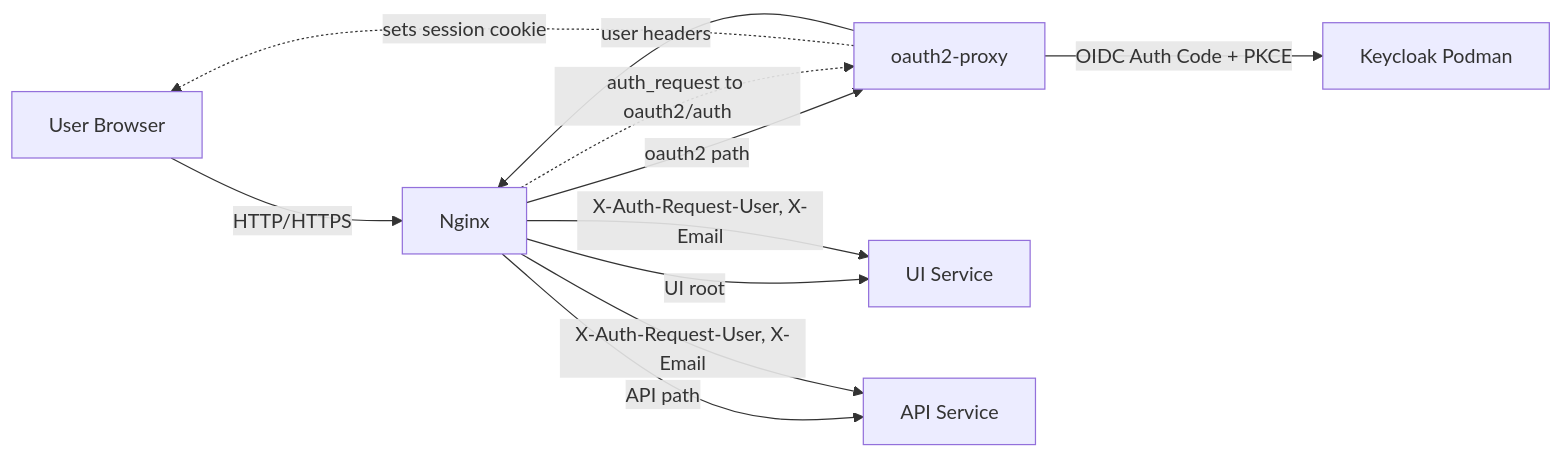
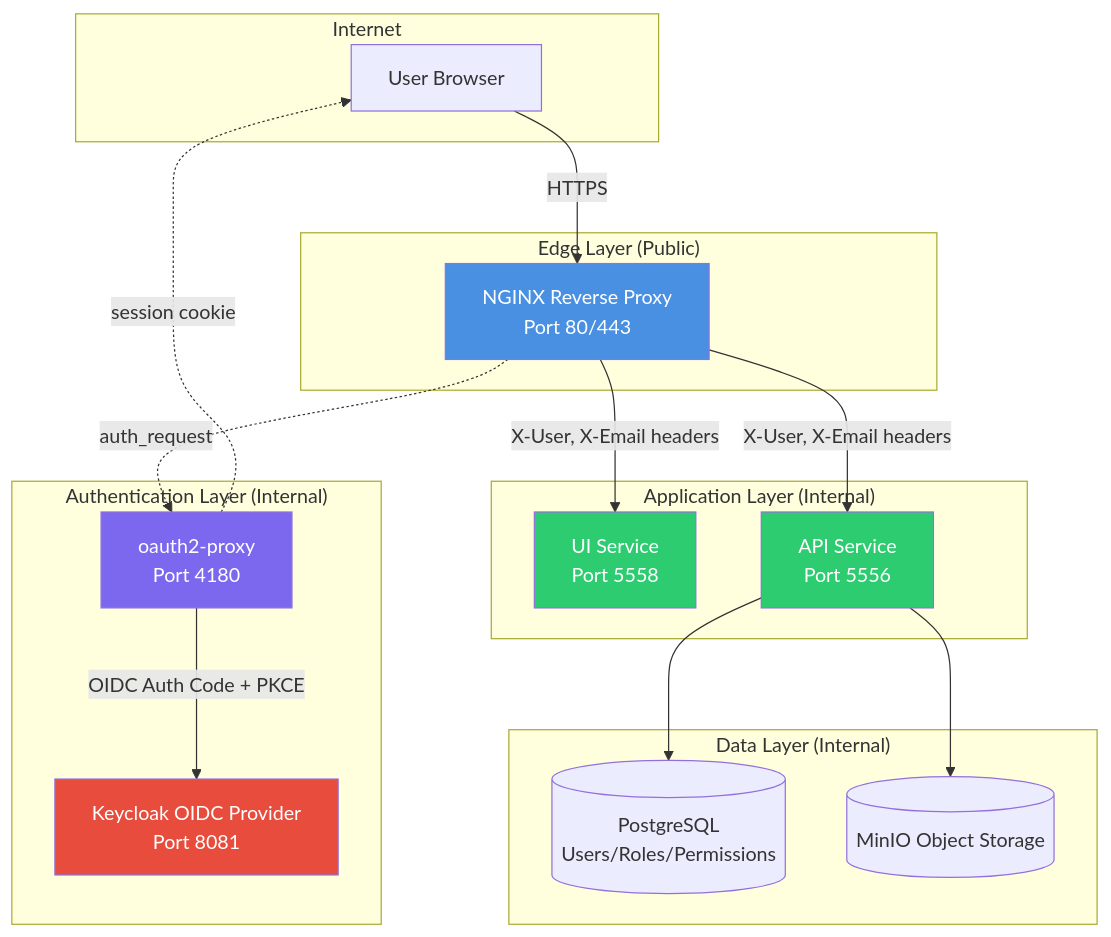
One commit to veep2012/flow_gen2_frontend changed the first of 4 diagrams in documentation/auth_architecture.md. Above: the diagram before and after it, drawn with Mermaid. The commit also changed other lines of this file, not shown here.

Commit message:
Enhance authentication architecture documentation with mature vision and staged implementation

````diff
--- a/documentation/auth_architecture.md
+++ b/documentation/auth_architecture.md
@@ -3,17 +19,41 @@
 ```mermaid
-flowchart LR
-  user[User Browser] -->|HTTP/HTTPS| nginx[Nginx]
-
-  nginx -->|oauth2 path| oauth2[oauth2-proxy]
-  oauth2 -->|OIDC Auth Code + PKCE| keycloak[Keycloak Podman]
-
-  nginx -->|UI root| ui[UI Service]
-  nginx -->|API path| api[API Service]
-
-  oauth2 -. sets session cookie .-> user
-  nginx -. auth_request to oauth2/auth .-> oauth2
-
-  oauth2 -->|user headers| nginx
-  nginx -->|X-Auth-Request-User, X-Email| ui
-  nginx -->|X-Auth-Request-User, X-Email| api
+flowchart TB
+    subgraph Internet
+        user[User Browser]
+    end
+    
+    subgraph "Edge Layer (Public)"
+        nginx[NGINX Reverse Proxy<br/>Port 80/443]
+    end
+    
+    subgraph "Authentication Layer (Internal)"
+        oauth2[oauth2-proxy<br/>Port 4180]
+        keycloak[Keycloak OIDC Provider<br/>Port 8081]
+    end
+    
+    subgraph "Application Layer (Internal)"
+        ui[UI Service<br/>Port 5558]
+        api[API Service<br/>Port 5556]
+    end
+    
+    subgraph "Data Layer (Internal)"
+        postgres[(PostgreSQL<br/>Users/Roles/Permissions)]
+        minio[(MinIO Object Storage)]
+    end
+    
+    user -->|HTTPS| nginx
+    nginx -.->|auth_request| oauth2
+    oauth2 -->|OIDC Auth Code + PKCE| keycloak
+    nginx -->|X-User, X-Email headers| ui
+    nginx -->|X-User, X-Email headers| api
+    api --> postgres
+    api --> minio
+    
+    oauth2 -.->|session cookie| user
+    
+    style nginx fill:#4a90e2,color:#fff
+    style oauth2 fill:#7b68ee,color:#fff
+    style keycloak fill:#e74c3c,color:#fff
+    style api fill:#2ecc71,color:#fff
+    style ui fill:#2ecc71,color:#fff
 ```
````
